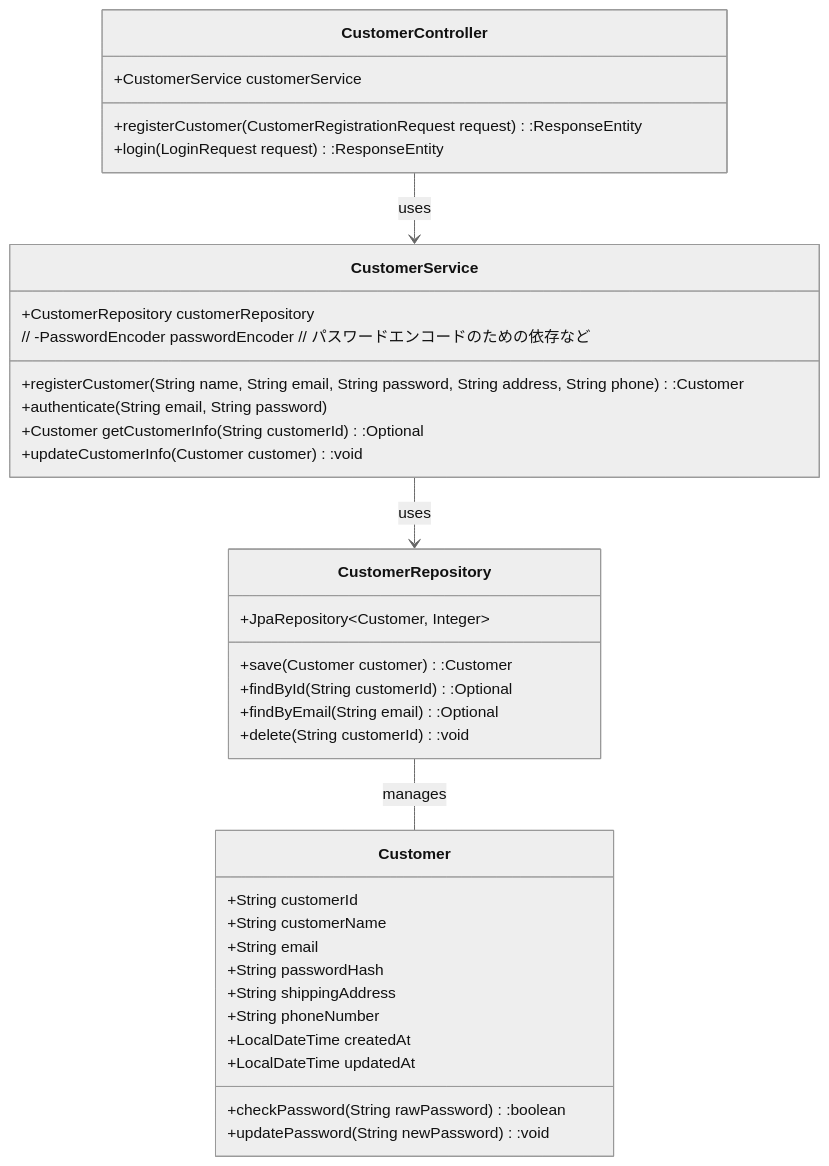
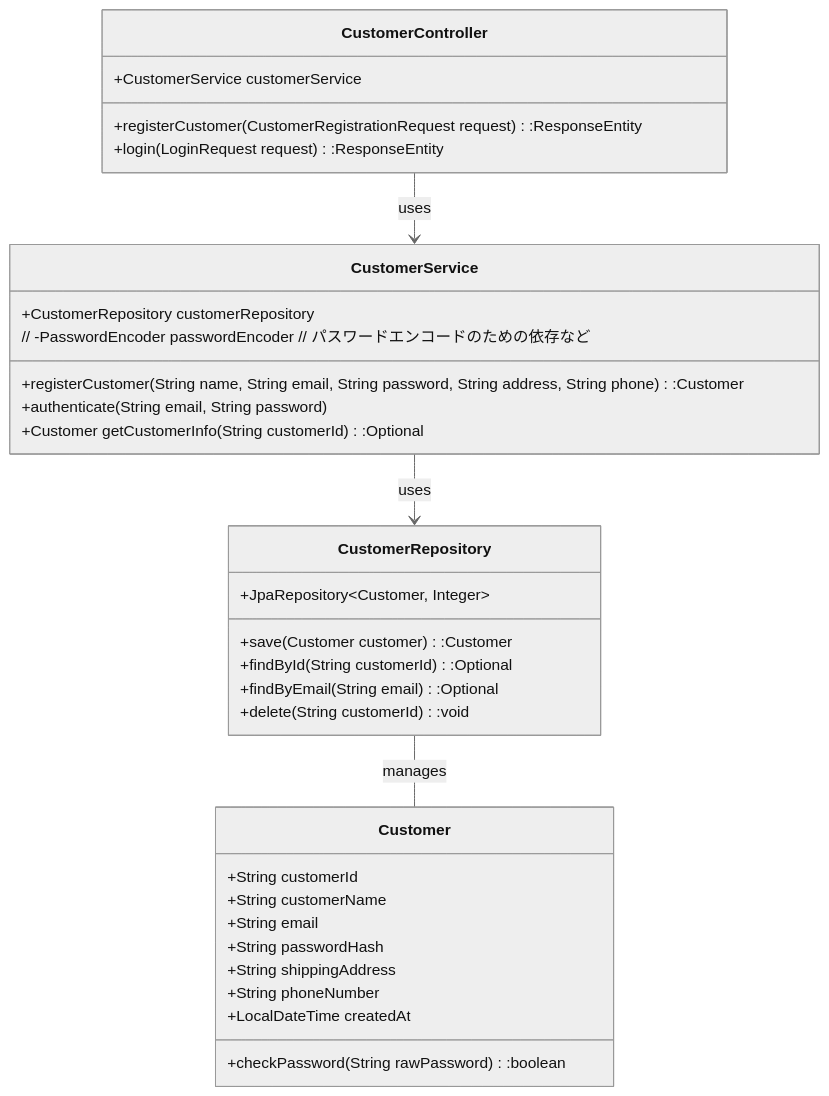
One commit to ainaga09/ACE changed the fourth of 4 diagrams in 基本設計/はじめに.md. Above: the diagram before and after it, drawn with Mermaid (neutral theme). The commit also changed other lines of this file and 3 other files, not shown here.

```diff
--- a/基本設計/はじめに.md
+++ b/基本設計/はじめに.md
@@ -263,39 +296,38 @@
 <div class="mermaid">
 classDiagram
     CustomerController --> CustomerService : uses
     CustomerService --> CustomerRepository : uses
     CustomerRepository -- Customer : manages
 
     class CustomerController {
         +CustomerService customerService
         +registerCustomer(CustomerRegistrationRequest request):ResponseEntity<CustomerRegistrationResponse> 
         +login(LoginRequest request):ResponseEntity<LoginResponse> 
     }
     class CustomerService {
         +CustomerRepository customerRepository
         // -PasswordEncoder passwordEncoder // パスワードエンコードのための依存など
         +registerCustomer(String name, String email, String password, String address, String phone):Customer 
         +authenticate(String email, String password)
         +Customer getCustomerInfo(String customerId):Optional<Customer> 
-        +updateCustomerInfo(Customer customer):void 
+         
     }
     class CustomerRepository {
         +JpaRepository~Customer, Integer~
         +save(Customer customer):Customer 
         +findById(String customerId):Optional<Customer> 
         +findByEmail(String email):Optional<Customer> 
         +delete(String customerId):void 
     }
     class Customer {
         +String customerId
         +String customerName
         +String email
         +String passwordHash
         +String shippingAddress
         +String phoneNumber
         +LocalDateTime createdAt
-        +LocalDateTime updatedAt
         +checkPassword(String rawPassword):boolean 
-        +updatePassword(String newPassword):void 
+        
     }
 </div>
```
